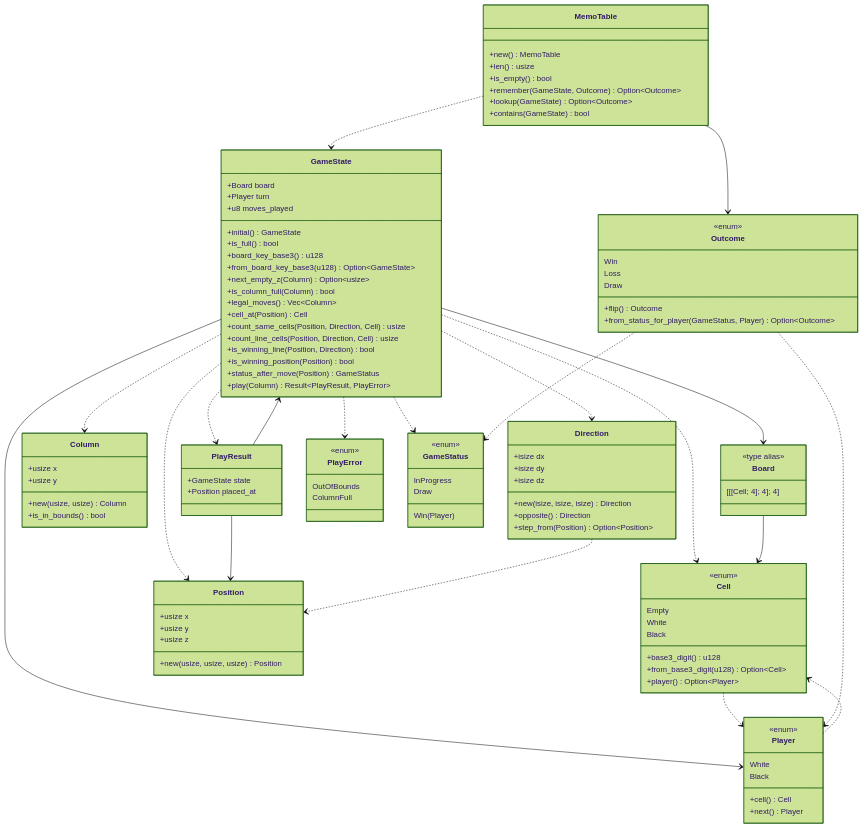
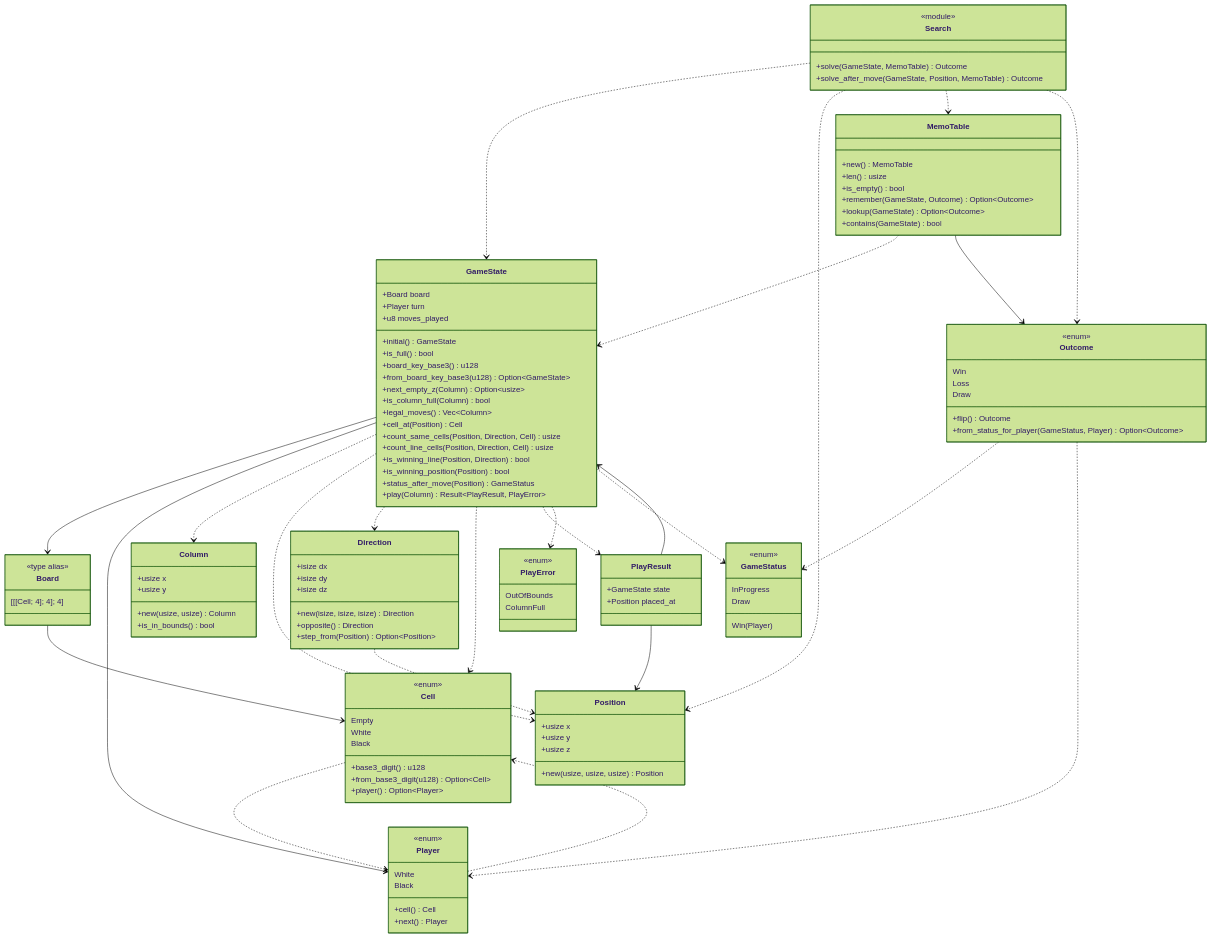
One commit to keiichiro-sonoda/rittai4moku changed the first of 11 diagrams in docs/uml.md. Above: the diagram before and after it, drawn with Mermaid (forest theme). The commit also changed other lines of this file and 6 other files, not shown here.

Commit message:
feat: Implement recursive search with solve and solve_after_move functions

````diff
--- a/docs/uml.md
+++ b/docs/uml.md
@@ -114,6 +114,12 @@
         +contains(GameState) bool
     }
 
+    class Search {
+        <<module>>
+        +solve(GameState, MemoTable) Outcome
+        +solve_after_move(GameState, Position, MemoTable) Outcome
+    }
+
     GameState --> Board
     GameState --> Player
     GameState ..> Column
@@ -133,4 +139,8 @@
     MemoTable --> Outcome
     Outcome ..> GameStatus
     Outcome ..> Player
+    Search ..> GameState
+    Search ..> Position
+    Search ..> MemoTable
+    Search ..> Outcome
 ```
````
